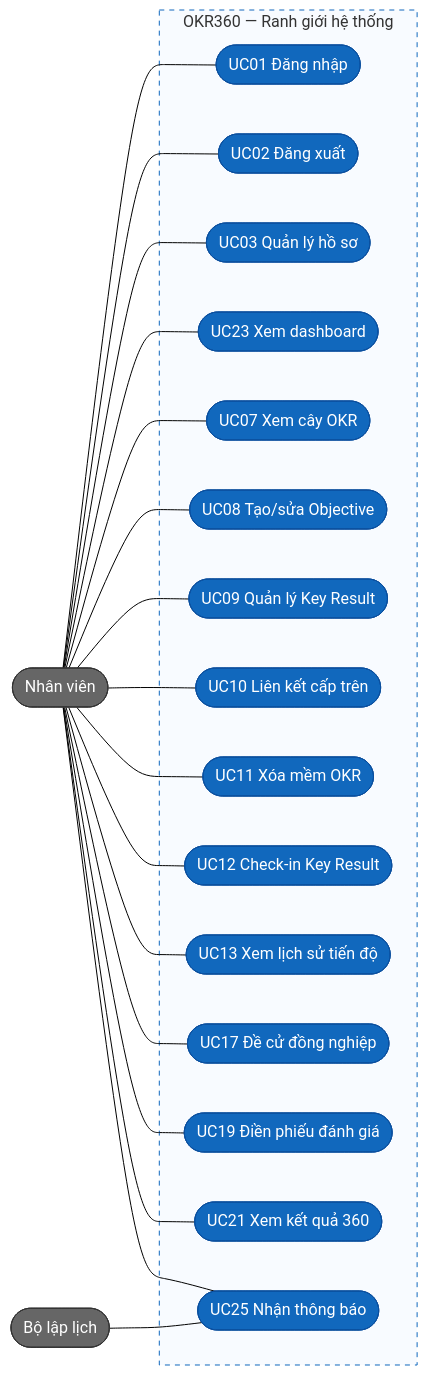
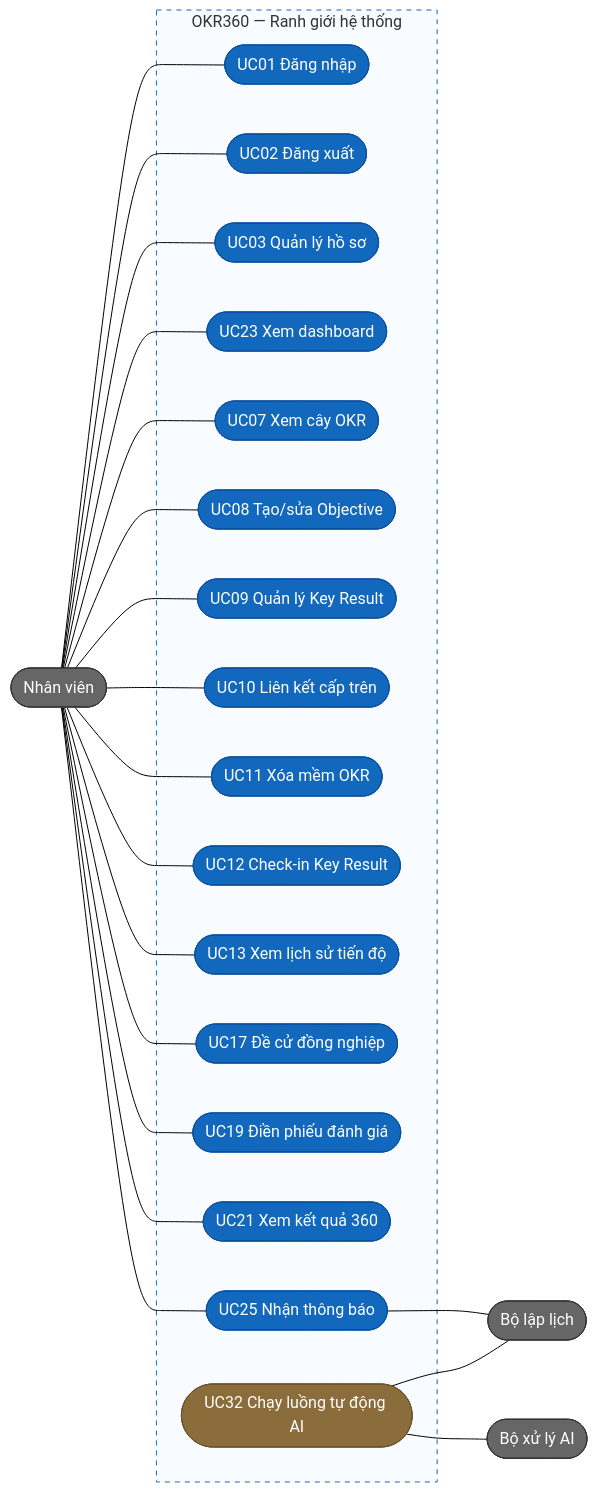
Before and after one commit to Akaza-ban/OCK-360: the second of 4 diagrams in docs/03-use-cases.md, drawn with Mermaid (forest theme). The commit also changed other lines of this file and 74 other files, not shown here.

First line of the commit message:
docs, db, frontend: add AI automation design, database schema and step ownership

````diff
--- a/docs/03-use-cases.md
+++ b/docs/03-use-cases.md
@@ -83,32 +95,38 @@
 ```mermaid
 flowchart LR
     employee(["Nhân viên"])
-    scheduler(["Bộ lập lịch"])
 
     subgraph system["OKR360 — Ranh giới hệ thống"]
         uc01(["UC01 Đăng nhập"])
         uc02(["UC02 Đăng xuất"])
         uc03(["UC03 Quản lý hồ sơ"])
         uc23(["UC23 Xem dashboard"])
         uc07(["UC07 Xem cây OKR"])
         uc08(["UC08 Tạo/sửa Objective"])
         uc09(["UC09 Quản lý Key Result"])
         uc10(["UC10 Liên kết cấp trên"])
         uc11(["UC11 Xóa mềm OKR"])
         uc12(["UC12 Check-in Key Result"])
         uc13(["UC13 Xem lịch sử tiến độ"])
         uc17(["UC17 Đề cử đồng nghiệp"])
         uc19(["UC19 Điền phiếu đánh giá"])
         uc21(["UC21 Xem kết quả 360"])
         uc25(["UC25 Nhận thông báo"])
+        uc32(["UC32 Chạy luồng tự động AI"])
     end
 
+    scheduler(["Bộ lập lịch"])
+    aiworker(["Bộ xử lý AI"])
+
     employee --- uc01 & uc02 & uc03 & uc23 & uc07 & uc08 & uc09 & uc10 & uc11 & uc12 & uc13 & uc17 & uc19 & uc21 & uc25
-    scheduler --- uc25
+    uc25 & uc32 --- scheduler
+    uc32 --- aiworker
 
     classDef actor fill:#666,color:#fff,stroke:#333
     classDef common fill:#1168bd,color:#fff,stroke:#0b4f9e
-    class employee,scheduler actor
+    classDef ai fill:#8a6d3b,color:#fff,stroke:#6b532c
+    class employee,scheduler,aiworker actor
     class uc01,uc02,uc03,uc23,uc07,uc08,uc09,uc10,uc11,uc12,uc13,uc17,uc19,uc21,uc25 common
+    class uc32 ai
     style system fill:#f8fbff,stroke:#1168bd,stroke-dasharray:5 5
 ```
````
